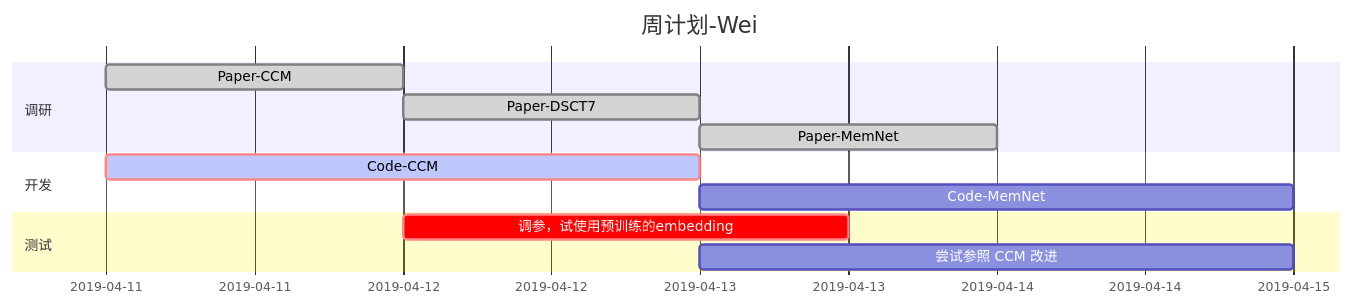
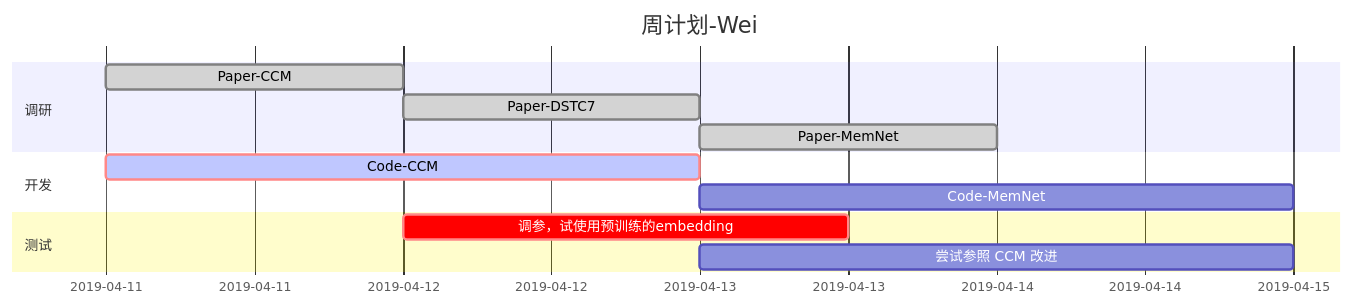
The first of 2 diagrams in Planner.md (little-women/reading-list), drawn with Mermaid before and after one commit. The commit also changed other lines of this file and 5 other files, not shown here.

````diff
--- a/Planner.md
+++ b/Planner.md
@@ -1,18 +1,18 @@
 ```mermaid
         gantt
         dateFormat  YYYY-MM-DD
         title 周计划-Wei
 
         section 调研
         Paper-CCM                      :done, paper1, 2019-04-11,1d
-        Paper-DSCT7                    :done, paper2, after paper1, 1d
+        Paper-DSTC7                    :done, paper2, after paper1, 1d
         Paper-MemNet                   :done, paper3, after paper2, 1d
         
         section 开发
         Code-CCM                      :crit, active, 2019-04-11,2d
         Code-MemNet                   :after paper2, 2d
     
         section 测试
         调参，试使用预训练的embedding       :crit, after paper1, 36h
         尝试参照 CCM 改进                   :after paper2, 2d
 ```
````
